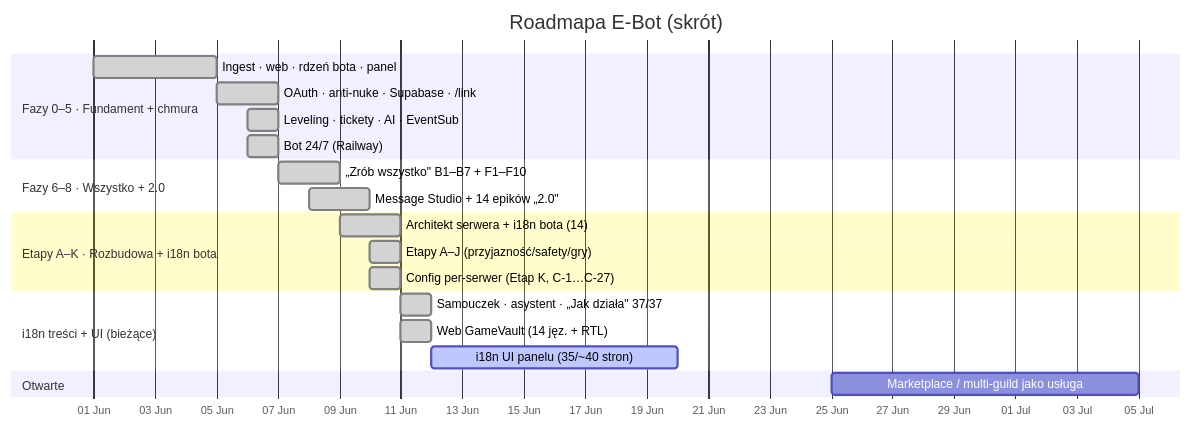
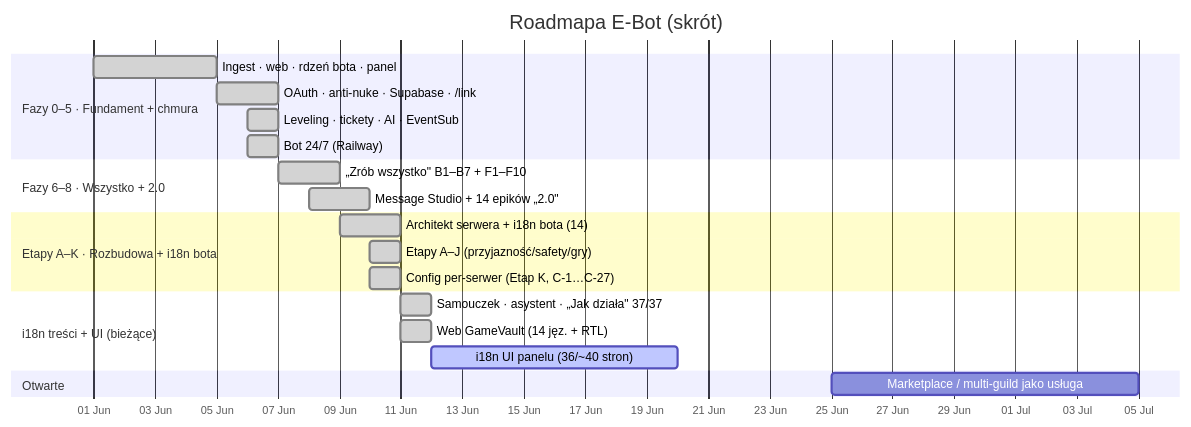
Before and after one commit to Gh0s777tt/E-Bot: the first of 2 diagrams in docs/ROADMAP.md, drawn with Mermaid. The commit also changed other lines of this file and 11 other files, not shown here.

````diff
--- a/docs/ROADMAP.md
+++ b/docs/ROADMAP.md
@@ -23,24 +23,24 @@
 ```mermaid
 gantt
   title Roadmapa E-Bot (skrót)
   dateFormat YYYY-MM-DD
   axisFormat %d %b
   section Fazy 0–5 · Fundament + chmura
   Ingest · web · rdzeń bota · panel    :done, f0, 2026-06-01, 4d
   OAuth · anti-nuke · Supabase · /link :done, f1, 2026-06-05, 2d
   Leveling · tickety · AI · EventSub   :done, f4, 2026-06-06, 1d
   Bot 24/7 (Railway)                   :done, f5, 2026-06-06, 1d
   section Fazy 6–8 · Wszystko + 2.0
   „Zrób wszystko" B1–B7 + F1–F10       :done, f7, 2026-06-07, 2d
   Message Studio + 14 epików „2.0"     :done, f8, 2026-06-08, 2d
   section Etapy A–K · Rozbudowa + i18n bota
   Architekt serwera + i18n bota (14)   :done, ek1, 2026-06-09, 2d
   Etapy A–J (przyjazność/safety/gry)   :done, ek2, 2026-06-10, 1d
   Config per-serwer (Etap K, C-1…C-27) :done, ek3, 2026-06-10, 1d
   section i18n treści + UI (bieżące)
   Samouczek · asystent · „Jak działa" 37/37 :done, i1, 2026-06-11, 1d
   Web GameVault (14 jęz. + RTL)        :done, i2, 2026-06-11, 1d
-  i18n UI panelu (35/~40 stron)        :active, i3, 2026-06-12, 8d
+  i18n UI panelu (36/~40 stron)        :active, i3, 2026-06-12, 8d
   section Otwarte
   Marketplace / multi-guild jako usługa :        mk, 2026-06-25, 10d
 ```
````
